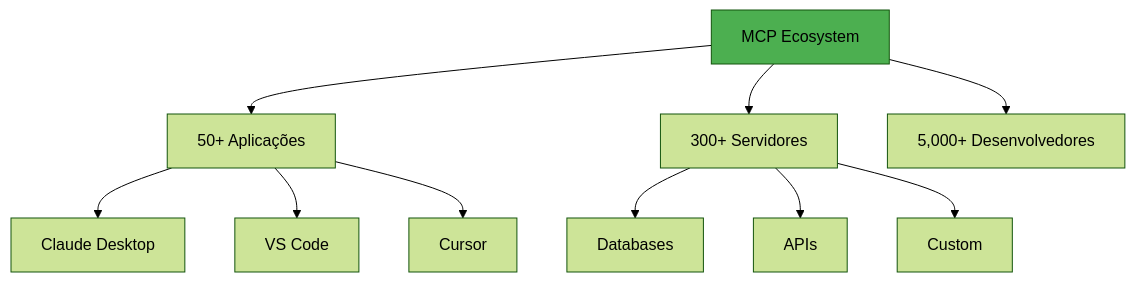
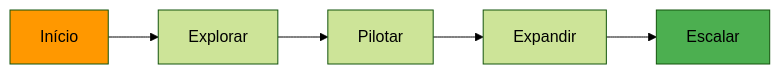
Before and after one commit to felipepimentel/my-public-notes: the eighth of 17 diagrams in AI/Comunicação/MCP/00-mcp-presentation-zero to hero.md, drawn with Mermaid (forest theme). The commit also changed other lines of this file, not shown here.

````diff
--- a/AI/Comunicação/MCP/00-mcp-presentation-zero to hero.md
+++ b/AI/Comunicação/MCP/00-mcp-presentation-zero to hero.md
@@ -247,16 +196,10 @@
 ```mermaid
-graph TD
-    MCP[MCP Ecosystem] --> APPS[50+ Aplicações]
-    MCP --> SERVERS[300+ Servidores]
-    MCP --> DEVS[5,000+ Desenvolvedores]
+graph LR
+    START[Início] --> EXPLORE[Explorar]
+    EXPLORE --> PILOT[Pilotar]
+    PILOT --> EXPAND[Expandir]
+    EXPAND --> SCALE[Escalar]
     
-    APPS --> A1[Claude Desktop]
-    APPS --> A2[VS Code]
-    APPS --> A3[Cursor]
-    
-    SERVERS --> S1[Databases]
-    SERVERS --> S2[APIs]
-    SERVERS --> S3[Custom]
-    
-    style MCP fill:#4CAF50
+    style START fill:#ff9800
+    style SCALE fill:#4CAF50
 ```
````
